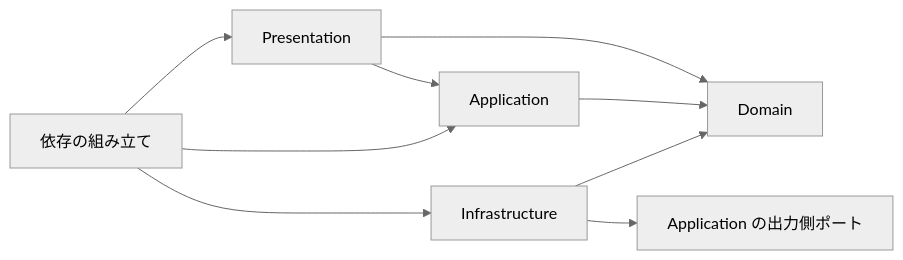
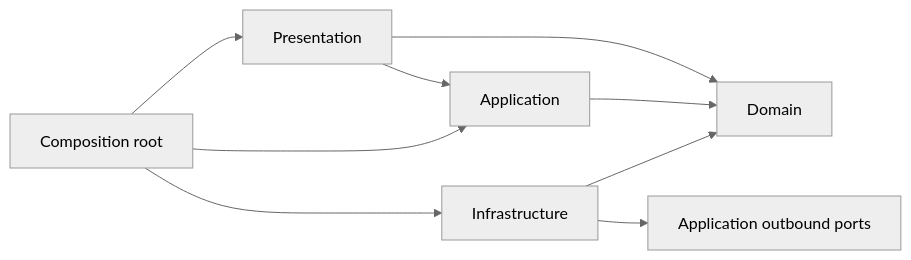
Before and after one commit to mofua-suki/flutter-architecture: the second of 2 diagrams in README.md, drawn with Mermaid (neutral theme). The commit also changed other lines of this file and 4 other files, not shown here.

````diff
--- a/README.md
+++ b/README.md
@@ -138,11 +111,11 @@
 ```mermaid
 flowchart LR
   Presentation --> Application
   Presentation --> Domain
   Application --> Domain
   Infrastructure --> Domain
-  Infrastructure --> Ports[Application の出力側ポート]
-  CompositionRoot[依存の組み立て] --> Presentation
+  Infrastructure --> Ports[Application outbound ports]
+  CompositionRoot[Composition root] --> Presentation
   CompositionRoot --> Application
   CompositionRoot --> Infrastructure
 ```
````
